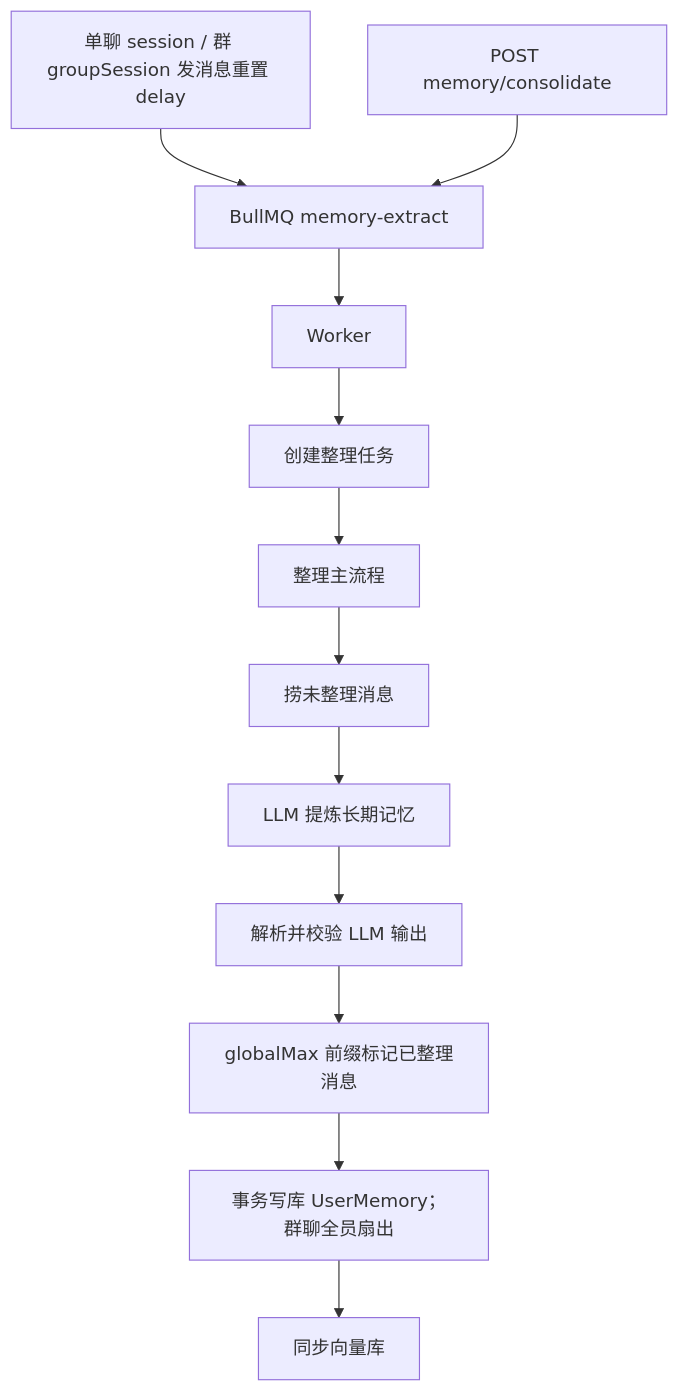
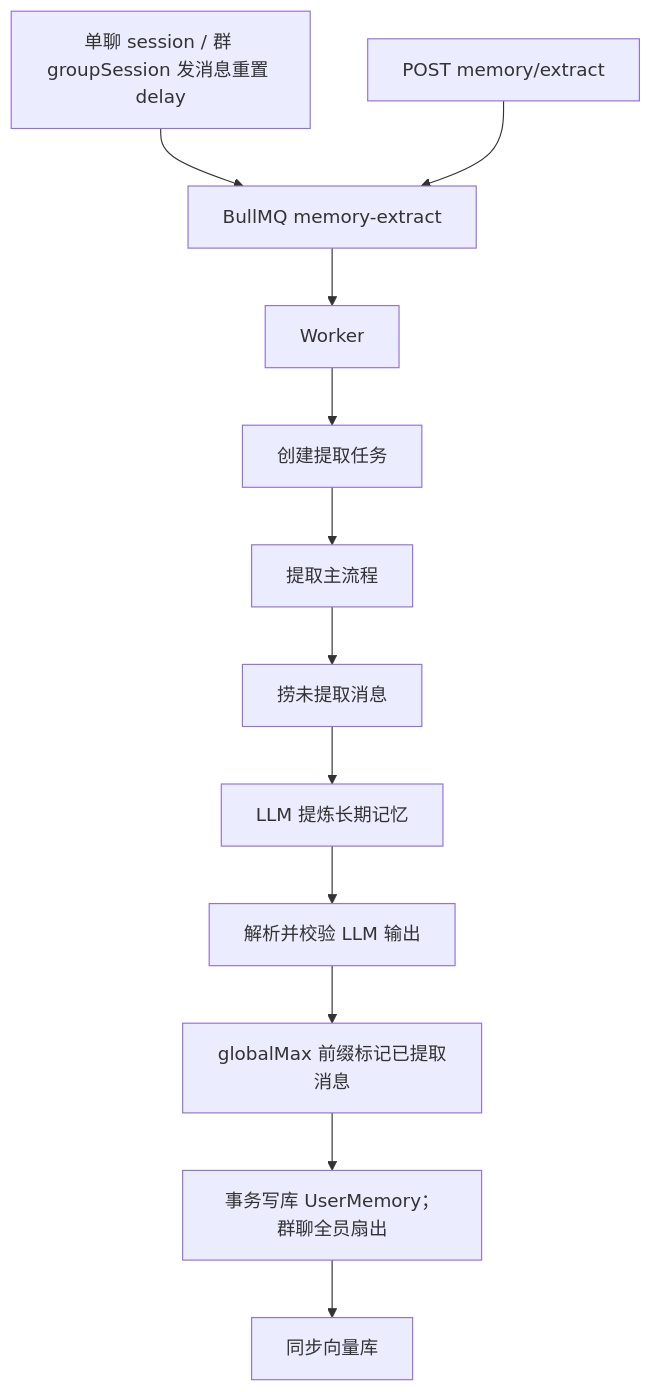
One commit to lilialab/lilia changed the diagram in docs/memory/extract.md. Above: the diagram before and after it, drawn with Mermaid. The commit also changed other lines of this file and 102 other files, not shown here.

````diff
--- a/docs/memory/extract.md
+++ b/docs/memory/extract.md
@@ -5,14 +5,14 @@
 ```mermaid
 flowchart TD
   ChatIdle["单聊 session / 群 groupSession 发消息重置 delay"] --> Queue[BullMQ memory-extract]
-  API["POST memory/consolidate"] --> Queue
+  API["POST memory/extract"] --> Queue
   Queue --> Worker[Worker]
-  Worker --> CreateJob[创建整理任务]
-  CreateJob --> MainFlow[整理主流程]
-  MainFlow --> BuildTranscript[捞未整理消息]
+  Worker --> CreateJob[创建提取任务]
+  CreateJob --> MainFlow[提取主流程]
+  MainFlow --> BuildTranscript[捞未提取消息]
   BuildTranscript --> LlmExtract[LLM 提炼长期记忆]
   LlmExtract --> ParseValidate[解析并校验 LLM 输出]
-  ParseValidate --> MarkMessages["globalMax 前缀标记已整理消息"]
+  ParseValidate --> MarkMessages["globalMax 前缀标记已提取消息"]
   MarkMessages --> Persist["事务写库 UserMemory；群聊全员扇出"]
   Persist --> SyncVector[同步向量库]
 ```
````
